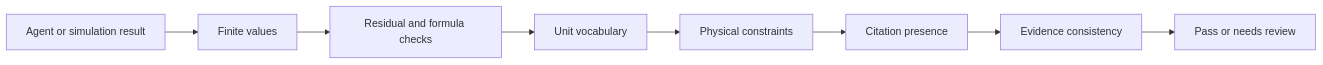
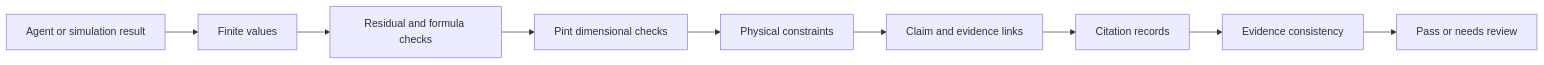
One commit to awais-akhtar/OpenAgent changed the first of 2 diagrams in docs/science/SCIENTIFIC_VERIFICATION.md. Above: the diagram before and after it, drawn with Mermaid. The commit also changed other lines of this file and 93 other files, not shown here.

````diff
--- a/docs/science/SCIENTIFIC_VERIFICATION.md
+++ b/docs/science/SCIENTIFIC_VERIFICATION.md
@@ -8,10 +8,11 @@
 ```mermaid
 flowchart LR
   Result[Agent or simulation result] --> Numeric[Finite values]
   Numeric --> Equation[Residual and formula checks]
-  Equation --> Units[Unit vocabulary]
+  Equation --> Units[Pint dimensional checks]
   Units --> Constraints[Physical constraints]
-  Constraints --> Citations[Citation presence]
+  Constraints --> Claims[Claim and evidence links]
+  Claims --> Citations[Citation records]
   Citations --> Consistency[Evidence consistency]
   Consistency --> Decision[Pass or needs review]
 ```
````
